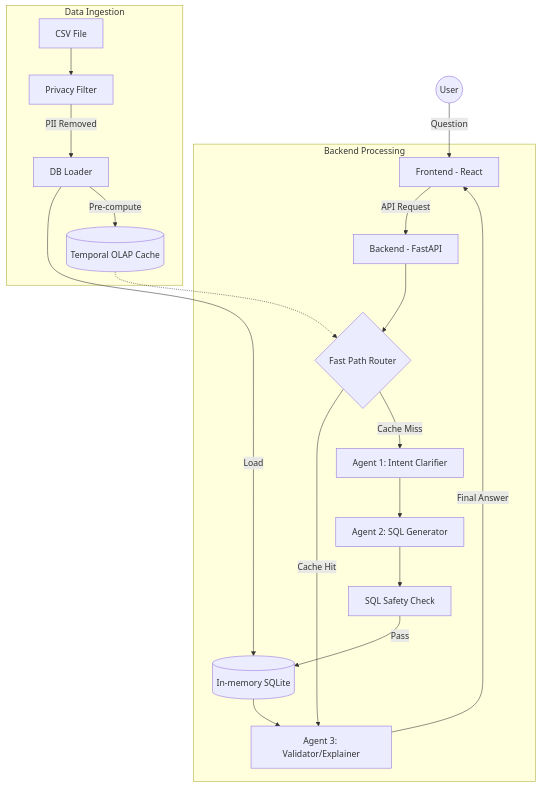
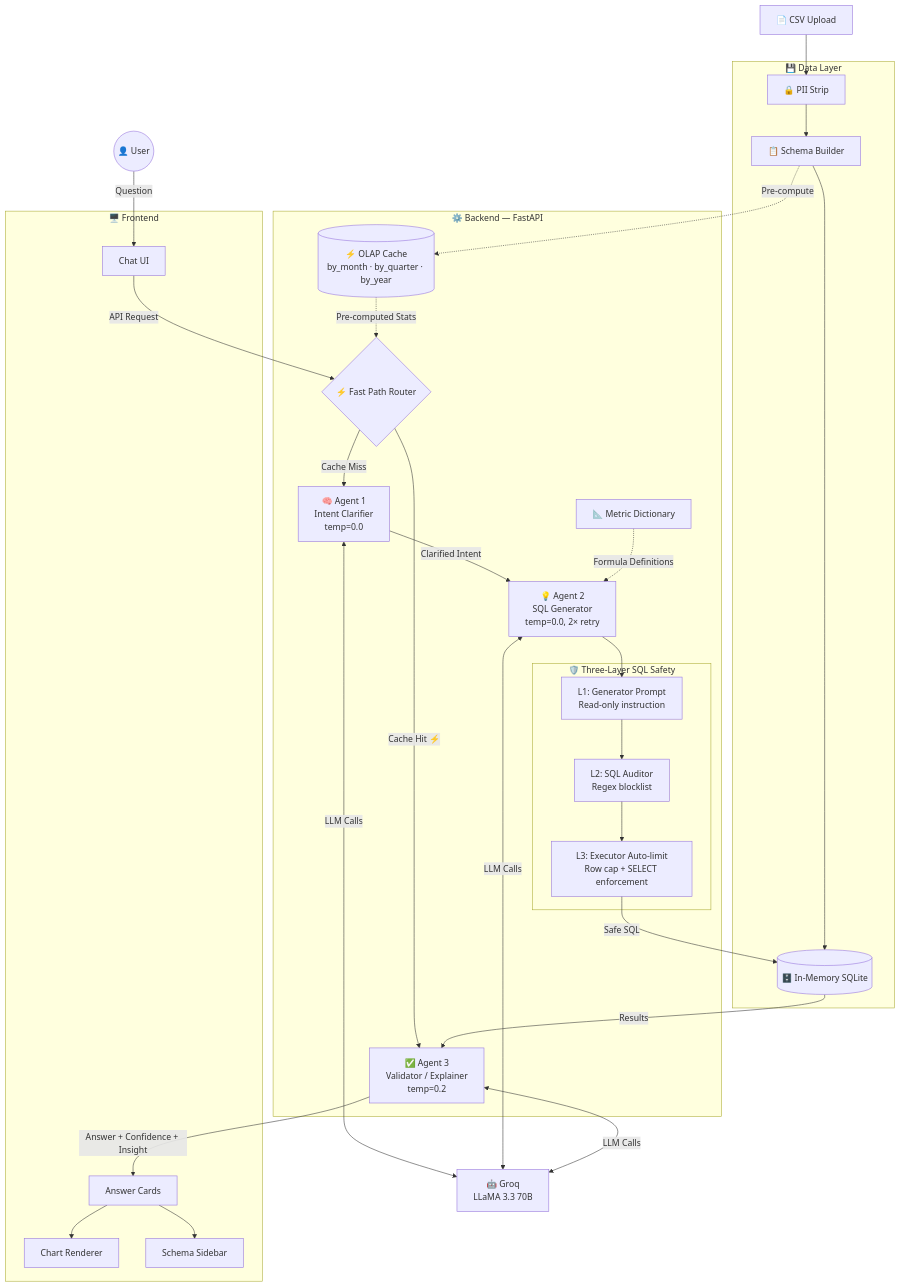
One commit to shabdagya/talk-to-data changed the first of 2 diagrams in talk-to-data/README.md. Above: the diagram before and after it, drawn with Mermaid. The commit also changed other lines of this file, not shown here.

````diff
--- a/talk-to-data/README.md
+++ b/talk-to-data/README.md
@@ -186,26 +109,59 @@
 ```mermaid
 graph TD
-    User((User)) -->|Question| FE[Frontend - React]
-    FE -->|API Request| BE[Backend - FastAPI]
+    User((👤 User))
 
-    subgraph "Backend Processing"
-        BE --> Router{Fast Path Router}
-        Router -->|Cache Hit| Agent3[Agent 3: Validator/Explainer]
-        Router -->|Cache Miss| Agent1[Agent 1: Intent Clarifier]
-
-        Agent1 --> Agent2[Agent 2: SQL Generator]
-        Agent2 --> Safety[SQL Safety Check]
-        Safety -->|Pass| DB[(In-memory SQLite)]
-        DB --> Agent3
-
-        Agent3 -->|Final Answer| FE
+    subgraph "🖥️ Frontend"
+        ChatUI[Chat UI]
+        AnswerCards[Answer Cards]
+        ChartRenderer[Chart Renderer]
+        SchemaSidebar[Schema Sidebar]
     end
 
-    subgraph "Data Ingestion"
-        CSV[CSV File] --> PF[Privacy Filter]
-        PF -->|PII Removed| DBL[DB Loader]
-        DBL -->|Load| DB
-        DBL -->|Pre-compute| TemporalCache[(Temporal OLAP Cache)]
-        TemporalCache -.-> Router
+    subgraph "⚙️ Backend — FastAPI"
+        Router{⚡ Fast Path Router}
+        Agent1[🧠 Agent 1\nIntent Clarifier\ntemp=0.0]
+        Agent2[💡 Agent 2\nSQL Generator\ntemp=0.0, 2× retry]
+        Agent3[✅ Agent 3\nValidator / Explainer\ntemp=0.2]
+
+        subgraph "🛡️ Three-Layer SQL Safety"
+            L1[L1: Generator Prompt\nRead-only instruction]
+            L2[L2: SQL Auditor\nRegex blocklist]
+            L3[L3: Executor Auto-limit\nRow cap + SELECT enforcement]
+        end
+
+        MetricDict[📐 Metric Dictionary]
+        TemporalCache[(⚡ OLAP Cache\nby_month · by_quarter · by_year)]
     end
+
+    subgraph "💾 Data Layer"
+        DB[(🗄️ In-Memory SQLite)]
+        PrivacyFilter[🔒 PII Strip]
+        SchemaBuilder[📋 Schema Builder]
+    end
+
+    LLM[🤖 Groq\nLLaMA 3.3 70B]
+
+    User -->|Question| ChatUI
+    ChatUI -->|API Request| Router
+
+    Router -->|Cache Hit ⚡| Agent3
+    Router -->|Cache Miss| Agent1
+
+    Agent1 -->|Clarified Intent| Agent2
+    Agent2 --> L1 --> L2 --> L3
+    L3 -->|Safe SQL| DB
+    DB -->|Results| Agent3
+    Agent3 -->|Answer + Confidence + Insight| AnswerCards
+    AnswerCards --> ChartRenderer
+    AnswerCards --> SchemaSidebar
+
+    MetricDict -.->|Formula Definitions| Agent2
+    TemporalCache -.->|Pre-computed Stats| Router
+
+    Agent1 & Agent2 & Agent3 <-->|LLM Calls| LLM
+
+    CSV[📄 CSV Upload] --> PrivacyFilter
+    PrivacyFilter --> SchemaBuilder
+    SchemaBuilder --> DB
+    SchemaBuilder -.->|Pre-compute| TemporalCache
 ```
````
